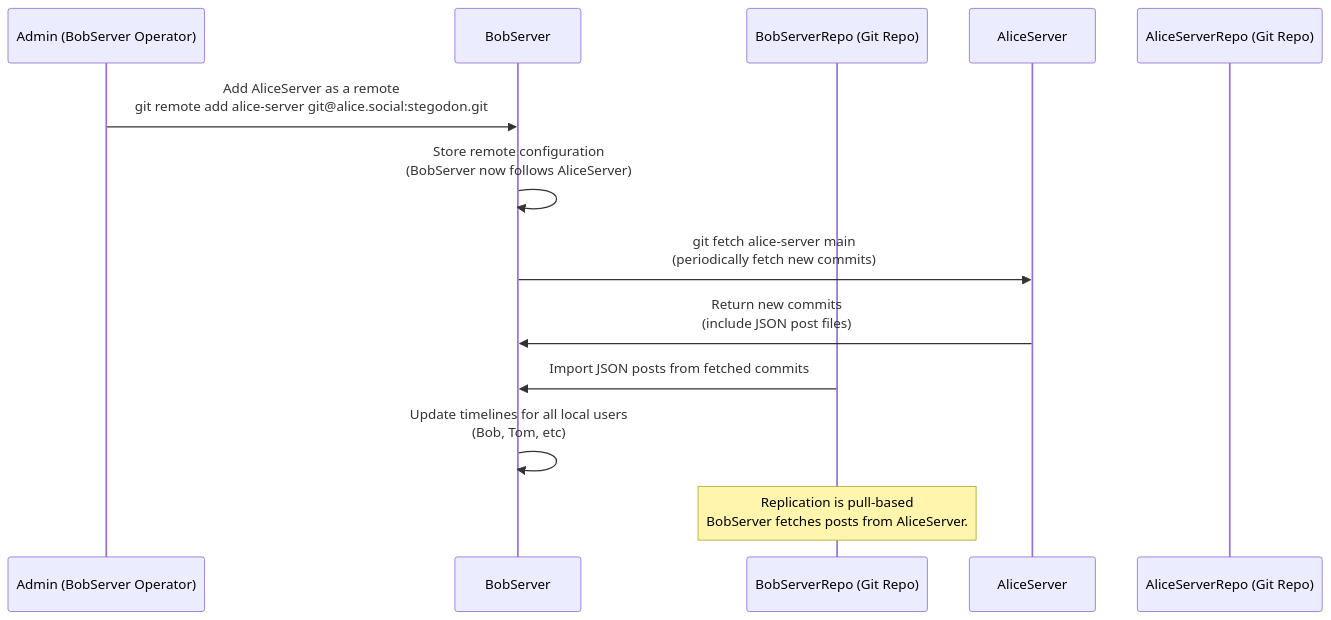
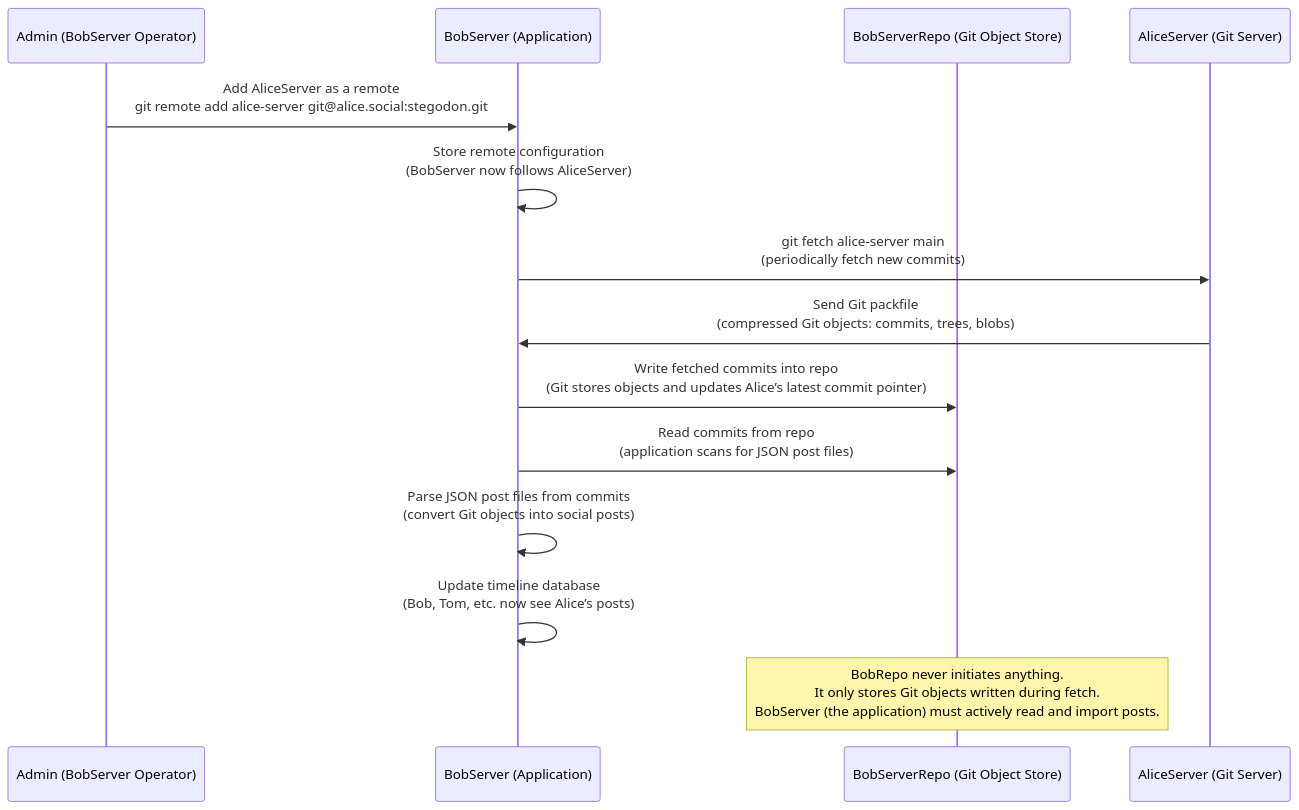
Before and after one commit to gargster/ELEC4712_Decentralised_Blog: diagram 16 of 16 in alternatives.md, drawn with Mermaid. The commit also changed other lines of this file, not shown here.

Commit message:
Corrected/simplified Git as Federation transport sequence diagram

````diff
--- a/alternatives.md
+++ b/alternatives.md
@@ -365,19 +365,21 @@
 ```mermaid
 sequenceDiagram
     participant Admin as Admin (BobServer Operator)
-    participant BobServer as BobServer
-    participant BobRepo as BobServerRepo (Git Repo)
-    participant AliceServer as AliceServer
-    participant AliceRepo as AliceServerRepo (Git Repo)
+    participant BobServer as BobServer (Application)
+    participant BobRepo as BobServerRepo (Git Object Store)
+    participant AliceServer as AliceServer (Git Server)
 
     Admin->>BobServer: Add AliceServer as a remote<br>git remote add alice-server git@alice.social:stegodon.git
     BobServer->>BobServer: Store remote configuration<br>(BobServer now follows AliceServer)
 
     BobServer->>AliceServer: git fetch alice-server main<br>(periodically fetch new commits)
-    AliceServer->>BobServer: Return new commits<br>(include JSON post files)
+    AliceServer->>BobServer: Send Git packfile<br>(compressed Git objects: commits, trees, blobs)
 
-    BobRepo->>BobServer: Import JSON posts from fetched commits
-    BobServer->>BobServer: Update timelines for all local users<br>(Bob, Tom, etc)
+    BobServer->>BobRepo: Write fetched commits into repo<br>(Git stores objects and updates Alice’s latest commit pointer)
+    BobServer->>BobRepo: Read commits from repo<br>(application scans for JSON post files)
+    
+    BobServer->>BobServer: Parse JSON post files from commits<br>(convert Git objects into social posts)
+    BobServer->>BobServer: Update timeline database<br>(Bob, Tom, etc. now see Alice’s posts)
 
-    Note over BobRepo: Replication is pull-based<br>BobServer fetches posts from AliceServer. 
+     Note over BobRepo: BobRepo never initiates anything.<br>It only stores Git objects written during fetch.<br>BobServer (the application) must actively read and import posts.
 ```
````
